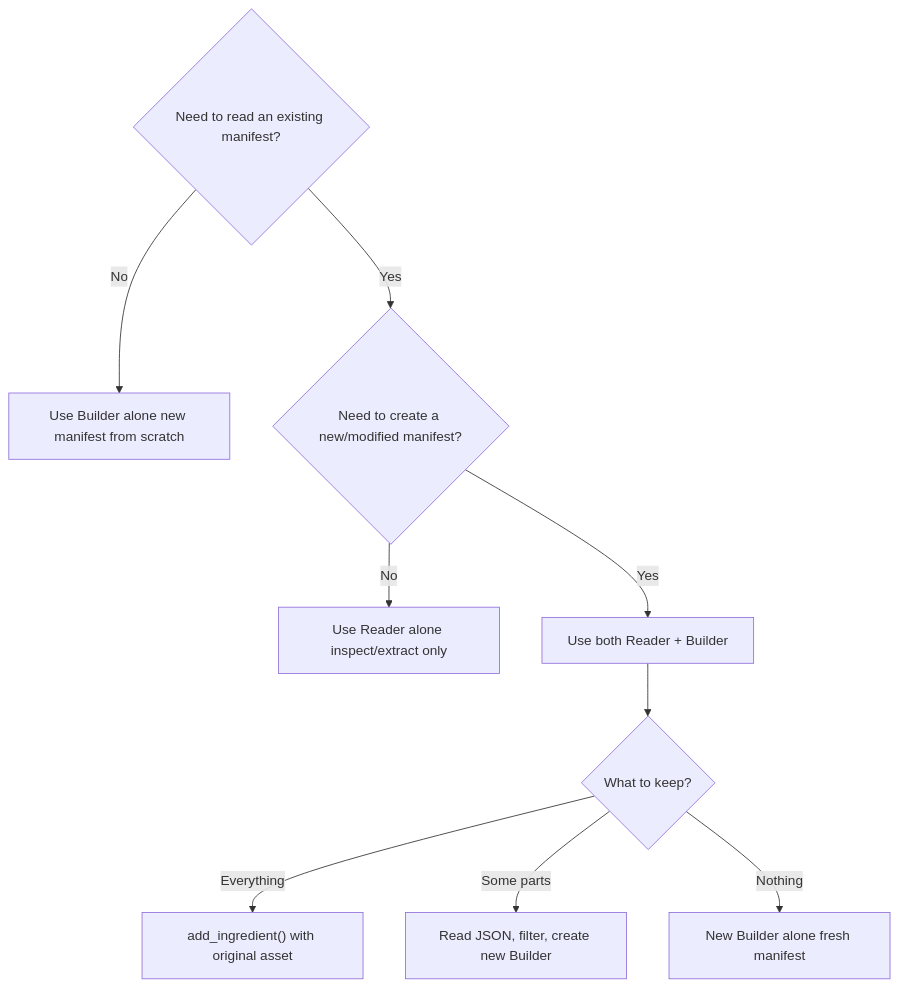
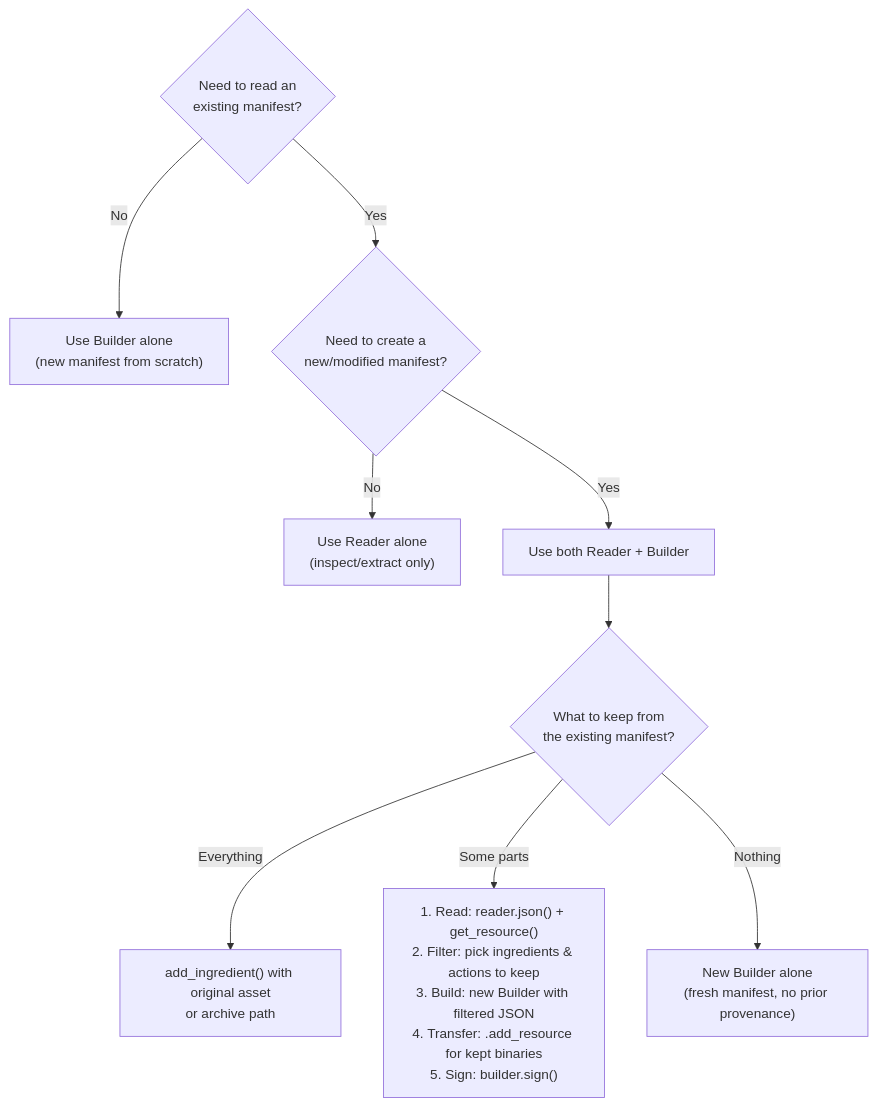
Before and after one commit to contentauth/c2pa-c: the ninth of 9 diagrams in docs/selective-manifests.md, drawn with Mermaid. The commit also changed other lines of this file, not shown here.

````diff
--- a/docs/selective-manifests.md
+++ b/docs/selective-manifests.md
@@ -1180,12 +1184,12 @@
 ```mermaid
 flowchart TD
-    Q1{Need to read an existing manifest?}
-    Q1 -->|No| USE_B[Use Builder alone new manifest from scratch]
-    Q1 -->|Yes| Q2{Need to create a new/modified manifest?}
-    Q2 -->|No| USE_R[Use Reader alone inspect/extract only]
+    Q1{Need to read an\nexisting manifest?}
+    Q1 -->|No| USE_B["Use Builder alone\n(new manifest from scratch)"]
+    Q1 -->|Yes| Q2{Need to create a\nnew/modified manifest?}
+    Q2 -->|No| USE_R["Use Reader alone\n(inspect/extract only)"]
     Q2 -->|Yes| USE_BR[Use both Reader + Builder]
-    USE_BR --> Q3{What to keep?}
-    Q3 -->|Everything| P1["add_ingredient() with original asset"]
-    Q3 -->|Some parts| P2["Read JSON, filter, create new Builder"]
-    Q3 -->|Nothing| P3["New Builder alone fresh manifest"]
+    USE_BR --> Q3{What to keep from\nthe existing manifest?}
+    Q3 -->|Everything| P1["add_ingredient() with original asset\nor archive path"]
+    Q3 -->|Some parts| P2["1. Read: reader.json() + get_resource()\n2. Filter: pick ingredients & actions to keep\n3. Build: new Builder with filtered JSON\n4. Transfer: .add_resource for kept binaries\n5. Sign: builder.sign()"]
+    Q3 -->|Nothing| P3["New Builder alone\n(fresh manifest, no prior provenance)"]
 ```
````
